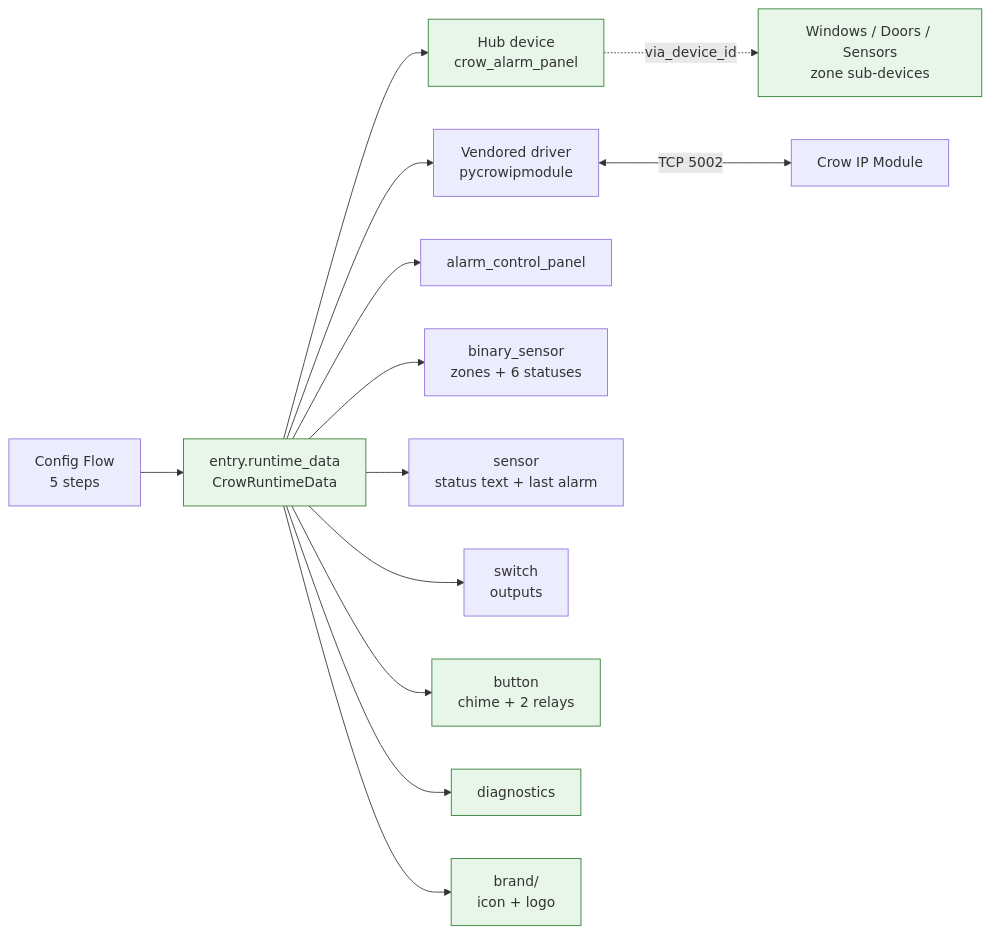
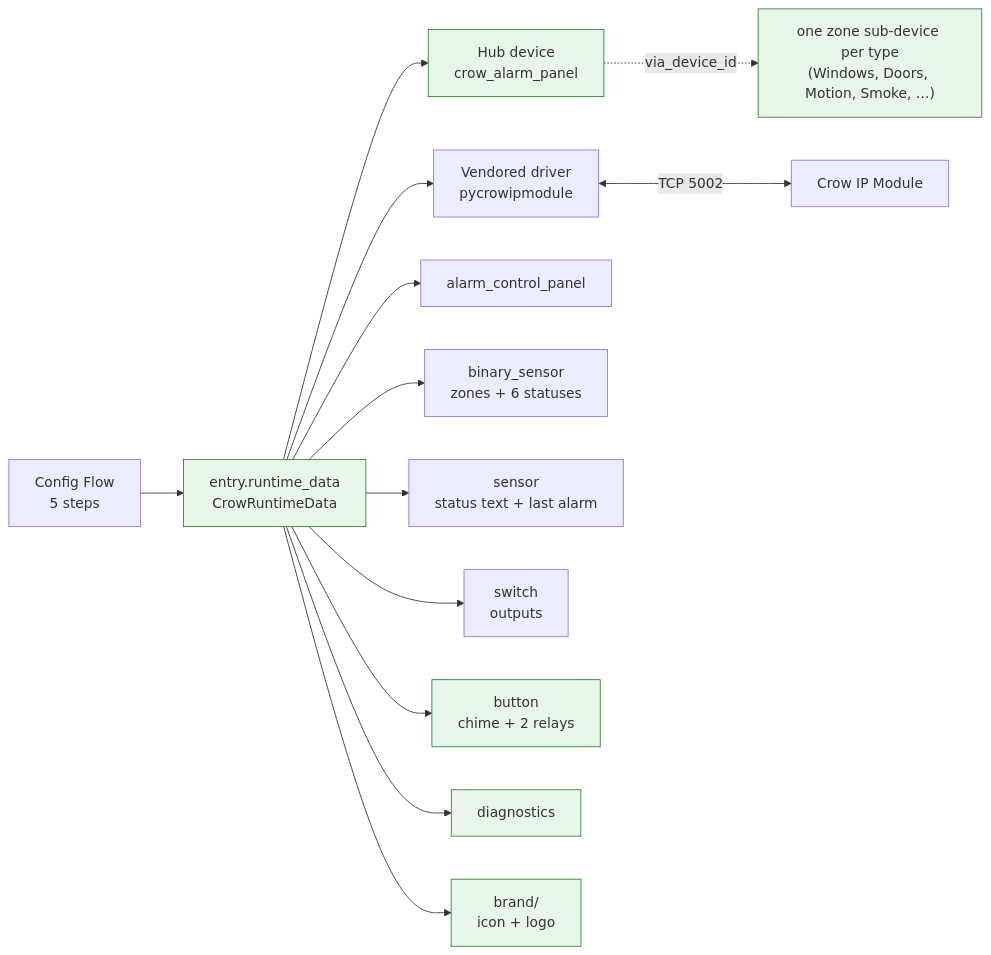
Before and after one commit to acdcnow/Crow-AAP-Alarm-System-for-Home-Assistant: diagram 12 of 13 in docs/WORKFLOWS.md, drawn with Mermaid. The commit also changed 16 other files, not shown here.

First line of the commit message:
fix(zones): group zone sub-devices by the configured zone type - release 2.1.2

````diff
--- a/docs/WORKFLOWS.md
+++ b/docs/WORKFLOWS.md
@@ -324,19 +324,19 @@
 ```mermaid
 flowchart LR
     CF["Config Flow<br/>5 steps"] --> RD["entry.runtime_data<br/>CrowRuntimeData"]
     RD --> D1["Hub device<br/>crow_alarm_panel"]
     RD --> C["Vendored driver<br/>pycrowipmodule"]
     C <-->|TCP 5002| IPM["Crow IP Module"]
-    D1 -.->|via_device_id| D2["Windows / Doors / Sensors<br/>zone sub-devices"]
+    D1 -.->|via_device_id| D2["one zone sub-device per type<br/>(Windows, Doors, Motion, Smoke, …)"]
 
     RD --> P1["alarm_control_panel"]
     RD --> P2["binary_sensor<br/>zones + 6 statuses"]
     RD --> P3["sensor<br/>status text + last alarm"]
     RD --> P4["switch<br/>outputs"]
     RD --> P5["button<br/>chime + 2 relays"]
     RD --> P6["diagnostics"]
     RD --> P7["brand/<br/>icon + logo"]
 
     classDef new fill:#e8f5e9,stroke:#2e7d32
     class RD,D1,D2,P5,P6,P7 new
 ```
````
